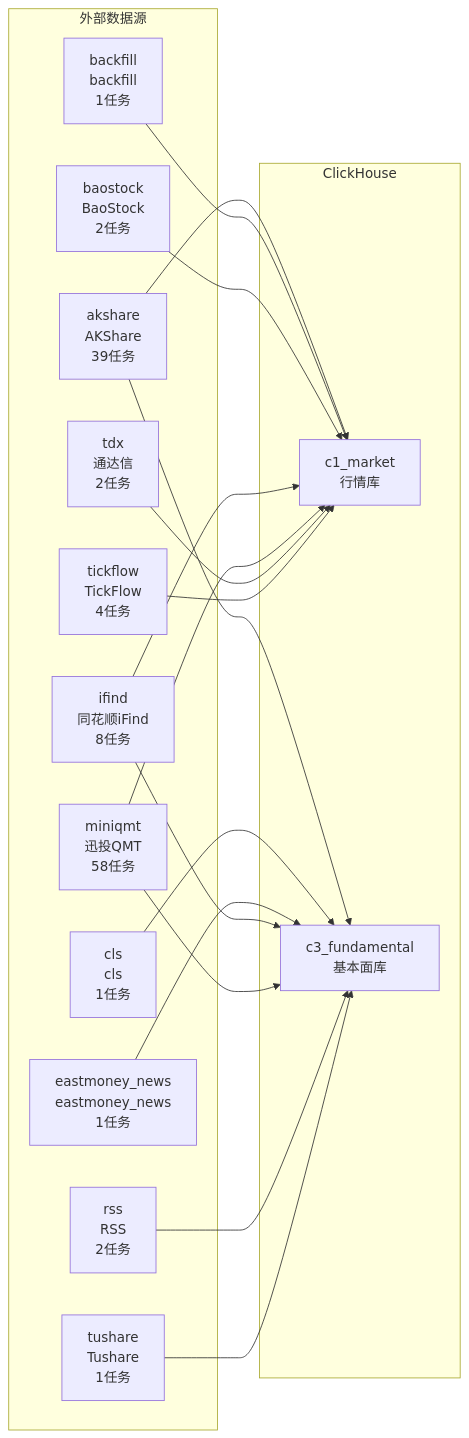
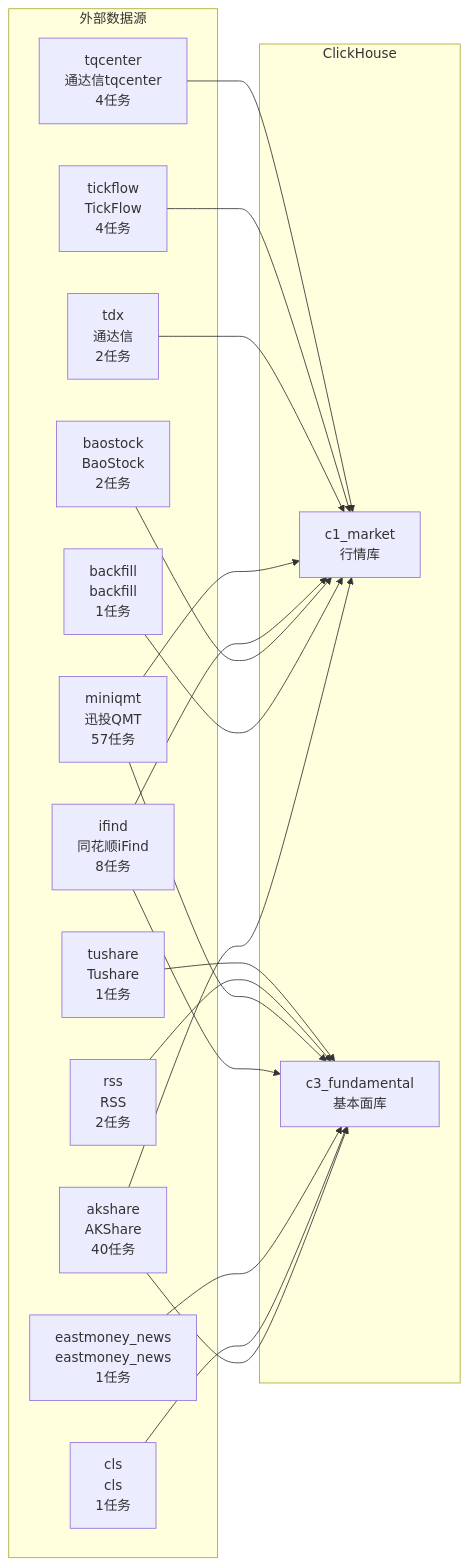
Before and after one commit to xuanFelixVan/ZephyrAlpha: the diagram in docs/02_enterprise_architecture/05_dataflow_architecture/data_acquisition_flow.md, drawn with Mermaid. The commit also changed other lines of this file and 3 other files, not shown here.

First line of the commit message:
docs(dataflow): 补登880xxx板块数据真源并重生成采集流图

````diff
--- a/docs/02_enterprise_architecture/05_dataflow_architecture/data_acquisition_flow.md
+++ b/docs/02_enterprise_architecture/05_dataflow_architecture/data_acquisition_flow.md
@@ -322,36 +342,38 @@
 ```mermaid
 flowchart LR
     subgraph 外部数据源
-        S6["miniqmt<br/>迅投QMT<br/>58任务"]
-        S0["akshare<br/>AKShare<br/>39任务"]
+        S6["miniqmt<br/>迅投QMT<br/>57任务"]
+        S0["akshare<br/>AKShare<br/>40任务"]
         S5["ifind<br/>同花顺iFind<br/>8任务"]
         S9["tickflow<br/>TickFlow<br/>4任务"]
+        S10["tqcenter<br/>通达信tqcenter<br/>4任务"]
         S7["rss<br/>RSS<br/>2任务"]
         S8["tdx<br/>通达信<br/>2任务"]
         S2["baostock<br/>BaoStock<br/>2任务"]
         S3["cls<br/>cls<br/>1任务"]
         S4["eastmoney_news<br/>eastmoney_news<br/>1任务"]
-        S10["tushare<br/>Tushare<br/>1任务"]
+        S11["tushare<br/>Tushare<br/>1任务"]
         S1["backfill<br/>backfill<br/>1任务"]
     end
 
     subgraph ClickHouse
         D0["c1_market<br/>行情库"]
         D1["c3_fundamental<br/>基本面库"]
     end
 
     S0 --> D0
     S0 --> D1
     S1 --> D0
     S2 --> D0
     S3 --> D1
     S4 --> D1
     S5 --> D0
     S5 --> D1
     S6 --> D0
     S6 --> D1
     S7 --> D1
     S8 --> D0
     S9 --> D0
-    S10 --> D1
+    S10 --> D0
+    S11 --> D1
 ```
````
